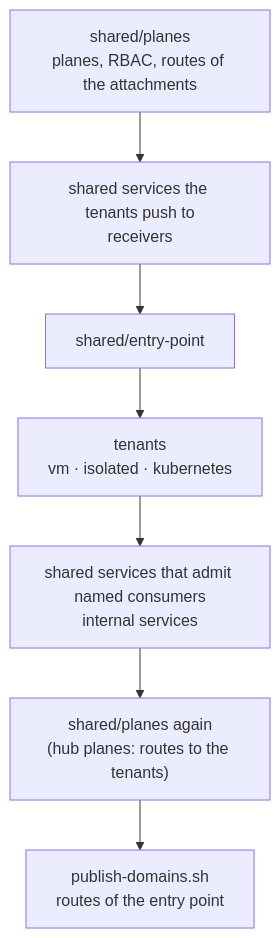
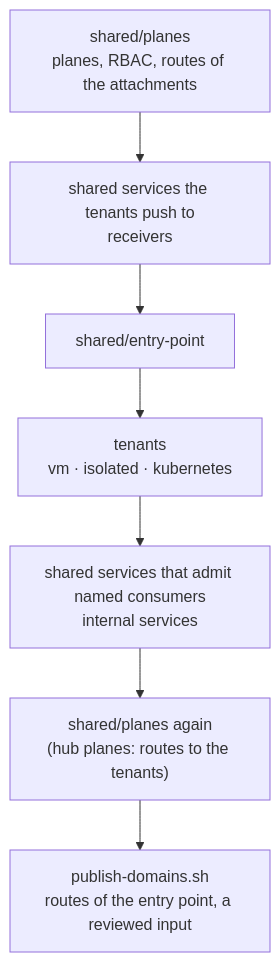
Before and after one commit to CyprisTech/openstack-multitenant-reference: the sixth of 6 diagrams in docs/concepts/architecture.md, drawn with Mermaid. The commit also changed other lines of this file and 6 other files, not shown here.

First line of the commit message:
Docs: entry point boundary, network services by level, routed planes

````diff
--- a/docs/concepts/architecture.md
+++ b/docs/concepts/architecture.md
@@ -254,11 +255,11 @@
 ```mermaid
 flowchart TB
     P["shared/planes<br/>planes, RBAC, routes of the attachments"]
     S["shared services the tenants push to<br/>receivers"]
     E["shared/entry-point"]
     T["tenants<br/>vm · isolated · kubernetes"]
     S2["shared services that admit named consumers<br/>internal services"]
     P2["shared/planes again<br/>(hub planes: routes to the tenants)"]
-    D["publish-domains.sh<br/>routes of the entry point"]
+    D["publish-domains.sh<br/>routes of the entry point, a reviewed input"]
     P --> S --> E --> T --> S2 --> P2 --> D
 ```
````
